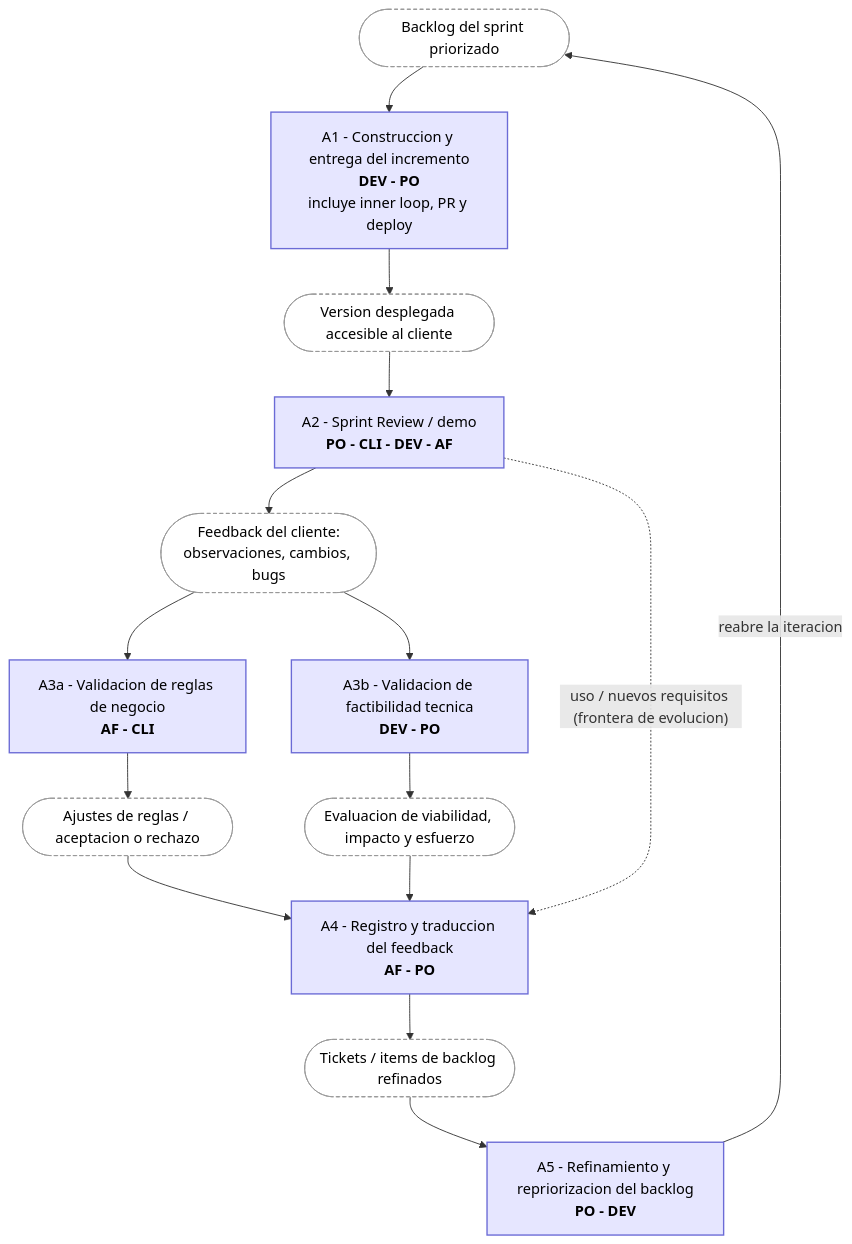
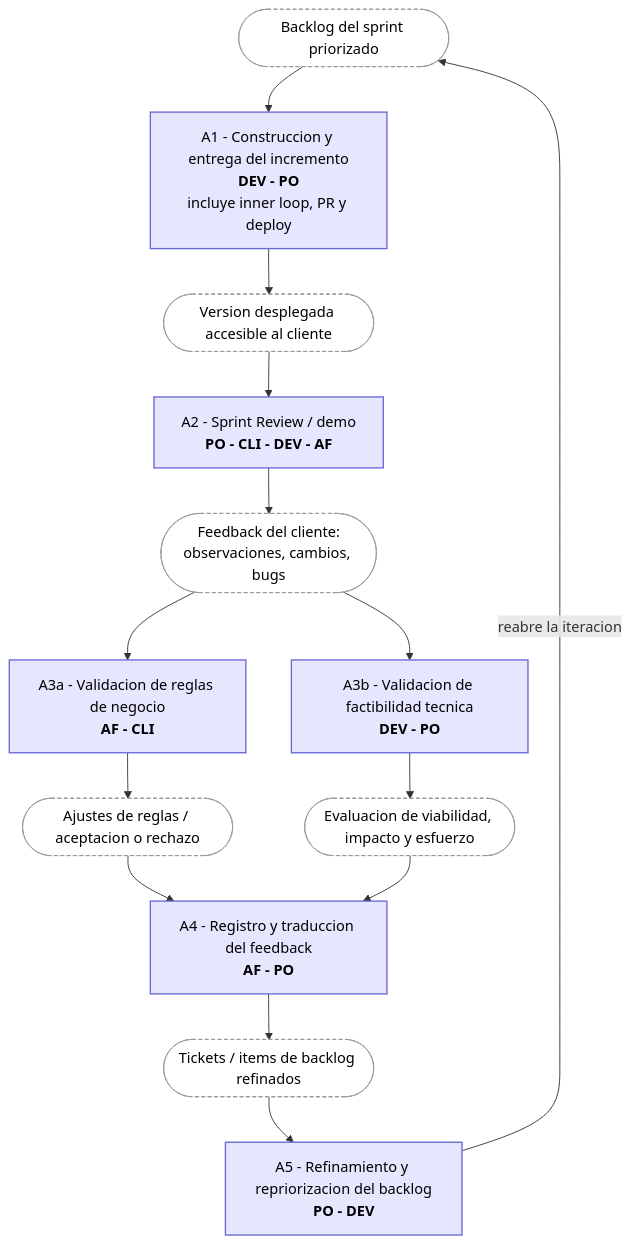
Before and after one commit to vickychappuis/Tesis: the first of 2 diagrams in sprint 14/MARCO_PROCESO_FEEDBACK.md, drawn with Mermaid. The commit also changed other lines of this file and 1 other file, not shown here.

First line of the commit message:
sprint 14: cerrar decisiones (evolucion fuera del zoom; A4 como una actividad)

````diff
--- a/sprint 14/MARCO_PROCESO_FEEDBACK.md
+++ b/sprint 14/MARCO_PROCESO_FEEDBACK.md
@@ -38,25 +36,24 @@
 ```mermaid
 flowchart TD
     classDef act fill:#e6e6ff,stroke:#6b6bd6,stroke-width:1.5px,color:#000;
     classDef art fill:#ffffff,stroke:#999,stroke-dasharray:4 3,color:#000;
 
     BL(["Backlog del sprint priorizado"]):::art
     A1["A1 - Construccion y entrega del incremento<br/><b>DEV - PO</b><br/>incluye inner loop, PR y deploy"]:::act
     VER(["Version desplegada accesible al cliente"]):::art
     A2["A2 - Sprint Review / demo<br/><b>PO - CLI - DEV - AF</b>"]:::act
     FBK(["Feedback del cliente:<br/>observaciones, cambios, bugs"]):::art
     A3a["A3a - Validacion de reglas de negocio<br/><b>AF - CLI</b>"]:::act
     A3b["A3b - Validacion de factibilidad tecnica<br/><b>DEV - PO</b>"]:::act
     AJU(["Ajustes de reglas / aceptacion o rechazo"]):::art
     FAC(["Evaluacion de viabilidad, impacto y esfuerzo"]):::art
     A4["A4 - Registro y traduccion del feedback<br/><b>AF - PO</b>"]:::act
     TIC(["Tickets / items de backlog refinados"]):::art
     A5["A5 - Refinamiento y repriorizacion del backlog<br/><b>PO - DEV</b>"]:::act
 
     BL --> A1 --> VER --> A2 --> FBK
     FBK --> A3a --> AJU --> A4
     FBK --> A3b --> FAC --> A4
     A4 --> TIC --> A5
     A5 -->|"reabre la iteracion"| BL
-    A2 -.->|"uso / nuevos requisitos (frontera de evolucion)"| A4
 ```
````
